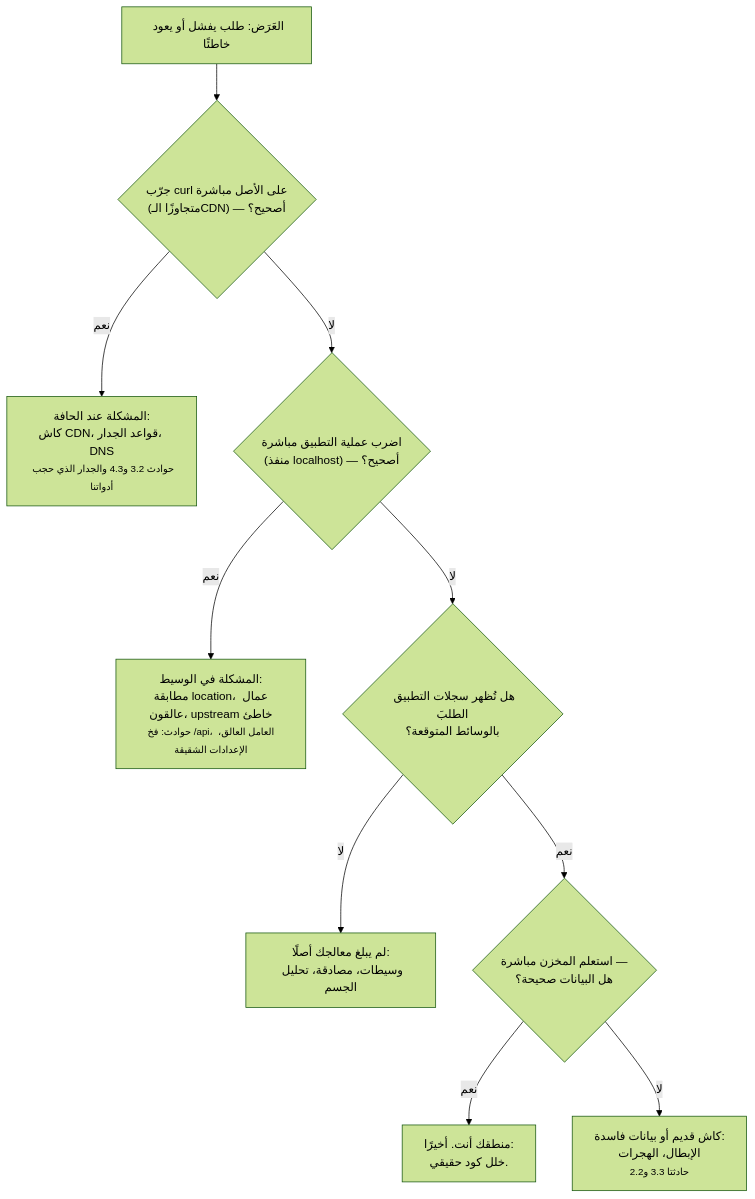
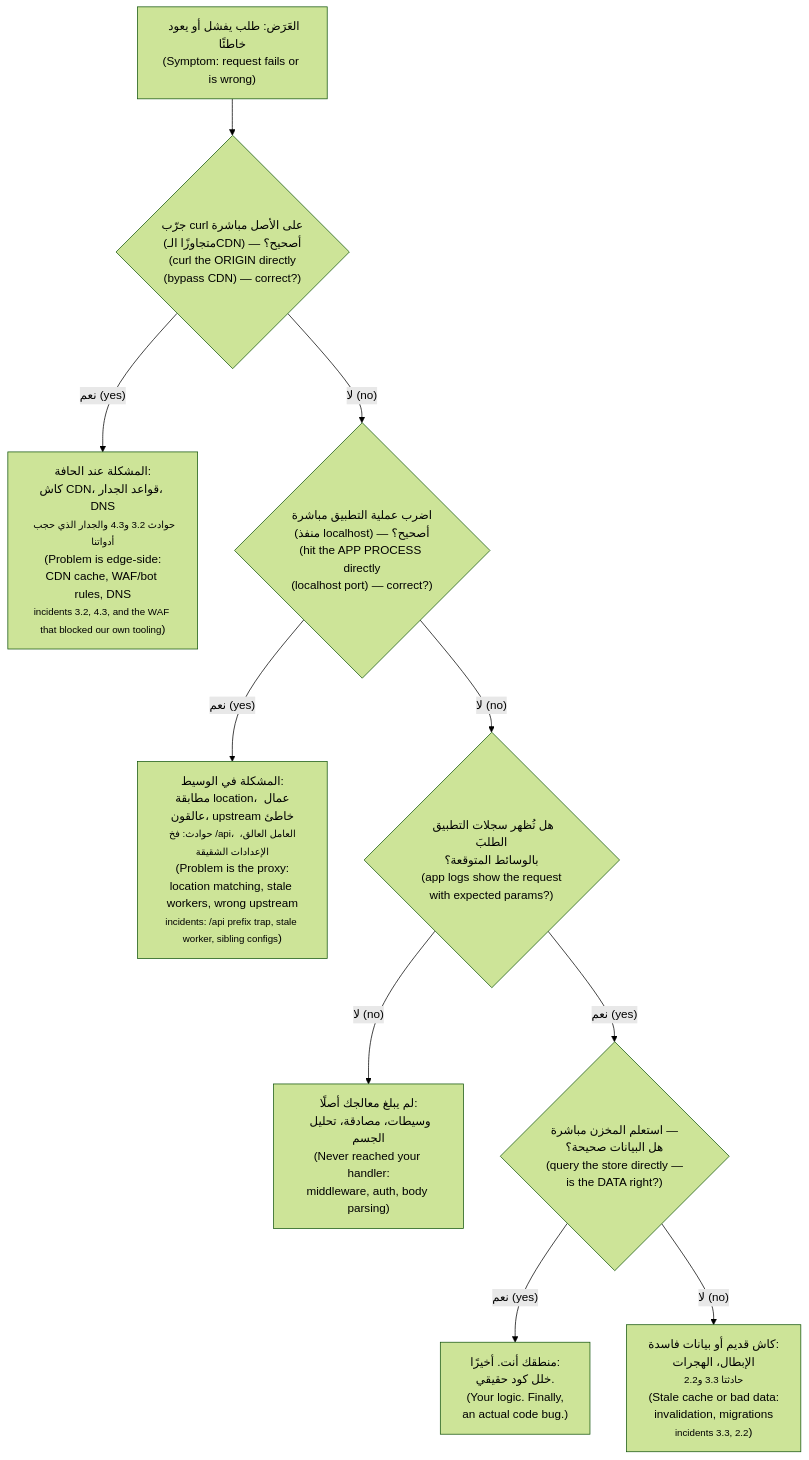
The third of 3 diagrams in modules/01-anatomy-of-a-real-app/lesson-2-the-requests-journey.ar.md (Tamoura/system-design-for-vibe-coders), drawn with Mermaid (forest theme) before and after one commit. The commit also changed other lines of this file and 62 other files, not shown here.

First line of the commit message:
Arabic editions: English on every diagram label, RTL fixes, rebuild

````diff
--- a/modules/01-anatomy-of-a-real-app/lesson-2-the-requests-journey.ar.md
+++ b/modules/01-anatomy-of-a-real-app/lesson-2-the-requests-journey.ar.md
@@ -95,12 +95,12 @@
 ```mermaid
 flowchart TD
-    S["العَرَض: طلب يفشل أو يعود خاطئًا"] --> Q1{"جرّب curl على الأصل مباشرة<br/>(متجاوزًا الـCDN) — أصحيح؟"}
-    Q1 -->|"نعم"| EDGE["المشكلة عند الحافة:<br/>كاش CDN، قواعد الجدار، DNS<br/><small>حوادث 3.2 و4.3 والجدار الذي حجب أدواتنا</small>"]
-    Q1 -->|"لا"| Q2{"اضرب عملية التطبيق مباشرة<br/>(منفذ localhost) — أصحيح؟"}
-    Q2 -->|"نعم"| PROXY["المشكلة في الوسيط:<br/>مطابقة location، عمال عالقون، upstream خاطئ<br/><small>حوادث: فخ /api، العامل العالق، الإعدادات الشقيقة</small>"]
-    Q2 -->|"لا"| Q3{"هل تُظهر سجلات التطبيق الطلبَ<br/>بالوسائط المتوقعة؟"}
-    Q3 -->|"لا"| ROUTE["لم يبلغ معالجك أصلًا:<br/>وسيطات، مصادقة، تحليل الجسم"]
-    Q3 -->|"نعم"| DATA{"استعلم المخزن مباشرة —<br/>هل البيانات صحيحة؟"}
-    DATA -->|"نعم"| CODE["منطقك أنت. أخيرًا:<br/>خلل كود حقيقي."]
-    DATA -->|"لا"| STORE["كاش قديم أو بيانات فاسدة:<br/>الإبطال، الهجرات<br/><small>حادثتا 3.3 و2.2</small>"]
+    S["العَرَض: طلب يفشل أو يعود خاطئًا<br/>(Symptom: request fails or is wrong)"] --> Q1{"جرّب curl على الأصل مباشرة<br/>(متجاوزًا الـCDN) — أصحيح؟<br/>(curl the ORIGIN directly<br/>(bypass CDN) — correct?)"}
+    Q1 -->|"نعم (yes)"| EDGE["المشكلة عند الحافة:<br/>كاش CDN، قواعد الجدار، DNS<br/><small>حوادث 3.2 و4.3 والجدار الذي حجب أدواتنا</small><br/>(Problem is edge-side:<br/>CDN cache, WAF/bot rules, DNS<br/><small>incidents 3.2, 4.3, and the WAF that blocked our own tooling</small>)"]
+    Q1 -->|"لا (no)"| Q2{"اضرب عملية التطبيق مباشرة<br/>(منفذ localhost) — أصحيح؟<br/>(hit the APP PROCESS directly<br/>(localhost port) — correct?)"}
+    Q2 -->|"نعم (yes)"| PROXY["المشكلة في الوسيط:<br/>مطابقة location، عمال عالقون، upstream خاطئ<br/><small>حوادث: فخ /api، العامل العالق، الإعدادات الشقيقة</small><br/>(Problem is the proxy:<br/>location matching, stale workers, wrong upstream<br/><small>incidents: /api prefix trap, stale worker, sibling configs</small>)"]
+    Q2 -->|"لا (no)"| Q3{"هل تُظهر سجلات التطبيق الطلبَ<br/>بالوسائط المتوقعة؟<br/>(app logs show the request<br/>with expected params?)"}
+    Q3 -->|"لا (no)"| ROUTE["لم يبلغ معالجك أصلًا:<br/>وسيطات، مصادقة، تحليل الجسم<br/>(Never reached your handler:<br/>middleware, auth, body parsing)"]
+    Q3 -->|"نعم (yes)"| DATA{"استعلم المخزن مباشرة —<br/>هل البيانات صحيحة؟<br/>(query the store directly —<br/>is the DATA right?)"}
+    DATA -->|"نعم (yes)"| CODE["منطقك أنت. أخيرًا:<br/>خلل كود حقيقي.<br/>(Your logic. Finally,<br/>an actual code bug.)"]
+    DATA -->|"لا (no)"| STORE["كاش قديم أو بيانات فاسدة:<br/>الإبطال، الهجرات<br/><small>حادثتا 3.3 و2.2</small><br/>(Stale cache or bad data:<br/>invalidation, migrations<br/><small>incidents 3.3, 2.2</small>)"]
 ```
````
